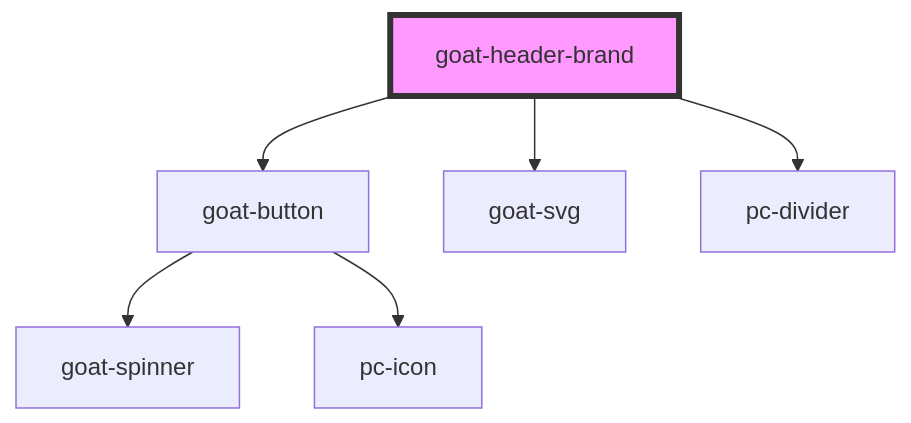
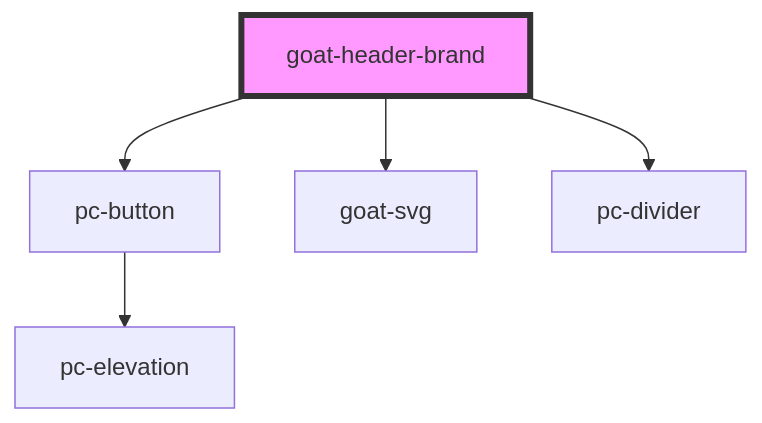
One commit to redvars/peacock changed the diagram in src/components/application/header/header-brand/readme.md. Above: the diagram before and after it, drawn with Mermaid. The commit also changed other lines of this file and 280 other files, not shown here.

````diff
--- a/src/components/application/header/header-brand/readme.md
+++ b/src/components/application/header/header-brand/readme.md
@@ -46,9 +46,8 @@
 ```mermaid
 graph TD;
-  goat-header-brand --> goat-button
+  goat-header-brand --> pc-button
   goat-header-brand --> goat-svg
   goat-header-brand --> pc-divider
-  goat-button --> goat-spinner
-  goat-button --> pc-icon
+  pc-button --> pc-elevation
   style goat-header-brand fill:#f9f,stroke:#333,stroke-width:4px
 ```
````
